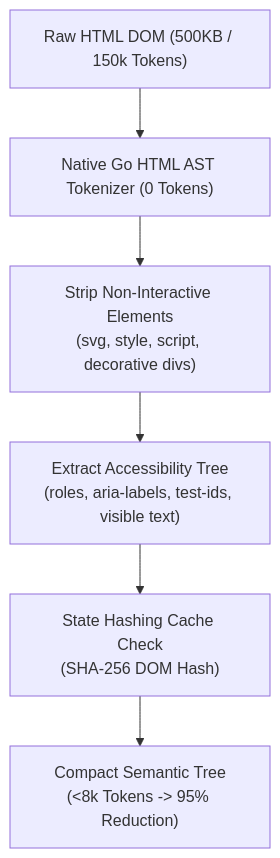
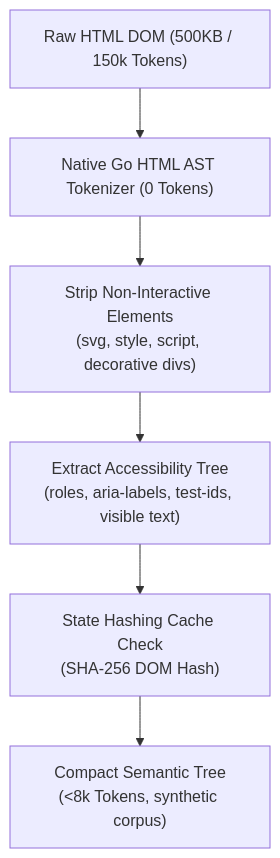
Before and after one commit to Keltstone/DialexAI: the first of 3 diagrams in docs/kritix-ai/02_CORE_TECHNICAL_ARCHITECTURE.md, drawn with Mermaid. The commit also changed 12 other files, not shown here.

````diff
--- a/docs/kritix-ai/02_CORE_TECHNICAL_ARCHITECTURE.md
+++ b/docs/kritix-ai/02_CORE_TECHNICAL_ARCHITECTURE.md
@@ -36,8 +36,8 @@
 ```mermaid
 flowchart TD
     FullDOM["Raw HTML DOM (500KB / 150k Tokens)"] --> ASTParse["Native Go HTML AST Tokenizer (0 Tokens)"]
     ASTParse --> FilterNodes["Strip Non-Interactive Elements<br/>(svg, style, script, decorative divs)"]
     FilterNodes --> ExtractA11y["Extract Accessibility Tree<br/>(roles, aria-labels, test-ids, visible text)"]
     ExtractA11y --> StateHash["State Hashing Cache Check<br/>(SHA-256 DOM Hash)"]
-    StateHash --> CompactTree["Compact Semantic Tree<br/>(<8k Tokens -> 95% Reduction)"]
+    StateHash --> CompactTree["Compact Semantic Tree<br/>(<8k Tokens, synthetic corpus)"]
 ```
````
